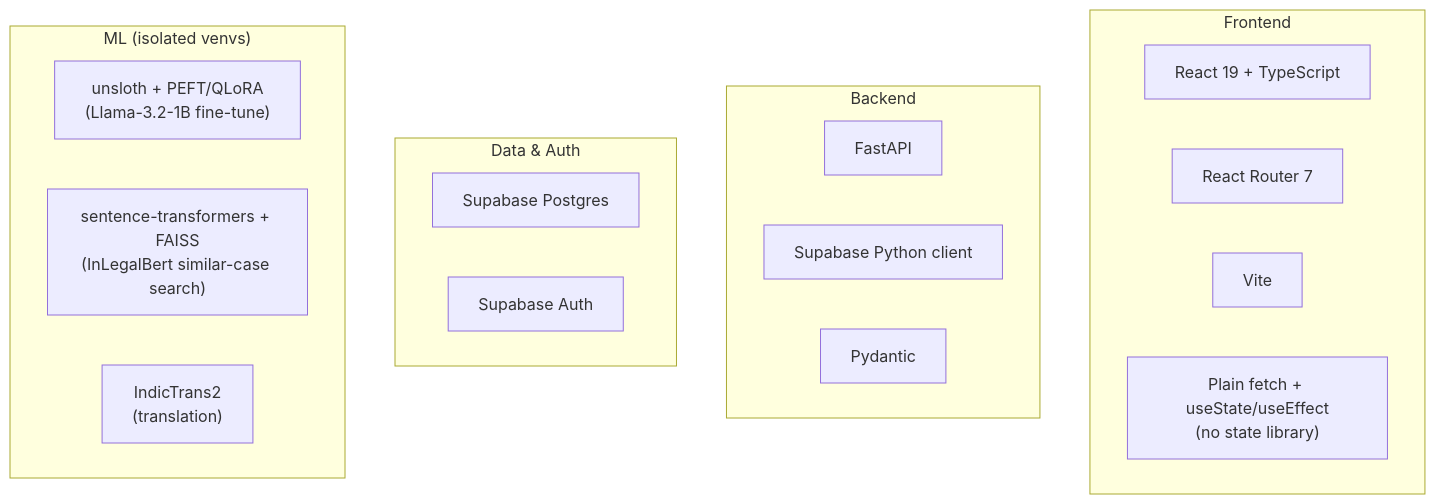
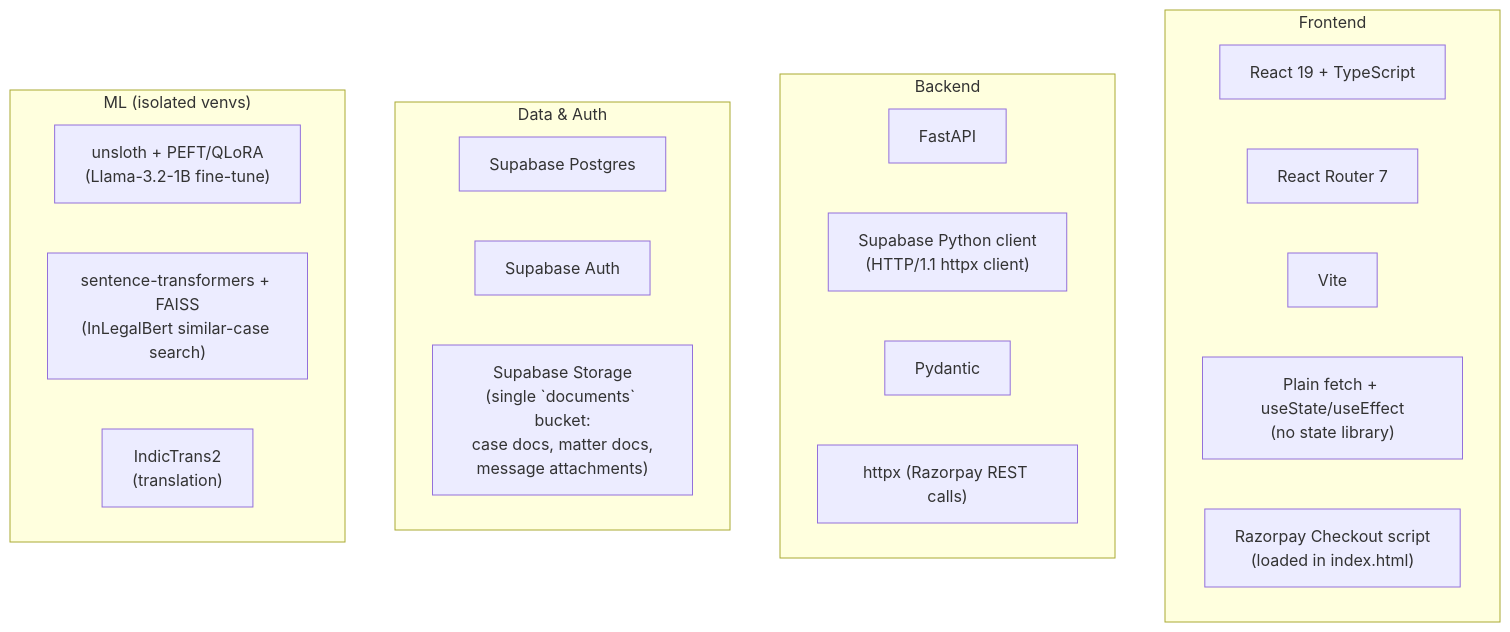
Before and after one commit to eyeofshreyas/BE-Project: the fifth of 5 diagrams in docs/HLD.md, drawn with Mermaid. The commit also changed other lines of this file and 3 other files, not shown here.

First line of the commit message:
docs: bring HLD/LLD/architecture docs up to date with messaging, Razorpay, case AI summary

````diff
--- a/docs/HLD.md
+++ b/docs/HLD.md
@@ -124,26 +138,29 @@
 ```mermaid
 graph TD
     subgraph Frontend
         F1["React 19 + TypeScript"]
         F2["React Router 7"]
         F3["Vite"]
         F4["Plain fetch + useState/useEffect\n(no state library)"]
+        F5["Razorpay Checkout script\n(loaded in index.html)"]
     end
 
     subgraph Backend
         B1["FastAPI"]
-        B2["Supabase Python client"]
+        B2["Supabase Python client\n(HTTP/1.1 httpx client)"]
         B3["Pydantic"]
+        B4["httpx (Razorpay REST calls)"]
     end
 
     subgraph DataAuth["Data & Auth"]
         D1["Supabase Postgres"]
         D2["Supabase Auth"]
+        D3["Supabase Storage\n(single `documents` bucket:\ncase docs, matter docs,\nmessage attachments)"]
     end
 
     subgraph ML["ML (isolated venvs)"]
         M1["unsloth + PEFT/QLoRA\n(Llama-3.2-1B fine-tune)"]
         M2["sentence-transformers + FAISS\n(InLegalBert similar-case search)"]
         M3["IndicTrans2\n(translation)"]
     end
 ```
````
